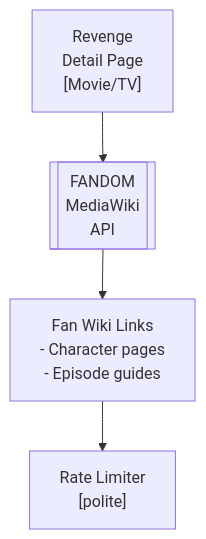
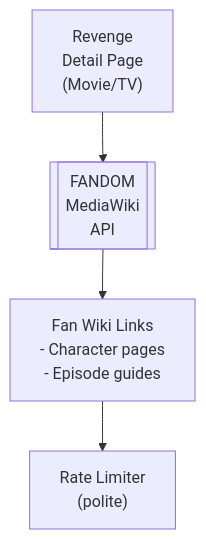
One commit to lusoris/revenge changed the diagram in docs/dev/design/integrations/wiki/FANDOM.md. Above: the diagram before and after it, drawn with Mermaid. The commit also changed 210 other files, not shown here.

First line of the commit message:
fix(docs): Use quoted labels in Mermaid to preserve parentheses

````diff
--- a/docs/dev/design/integrations/wiki/FANDOM.md
+++ b/docs/dev/design/integrations/wiki/FANDOM.md
@@ -57,10 +57,10 @@
 ```mermaid
 flowchart TD
-    node1["Revenge<br/>Detail Page<br/>[Movie/TV]"]
-    node2[[FANDOM<br/>MediaWiki<br/>API]]
+    node1["Revenge<br/>Detail Page<br/>(Movie/TV)"]
+    node2[["FANDOM<br/>MediaWiki<br/>API"]]
     node3["Fan Wiki Links<br/>- Character pages<br/>- Episode guides"]
-    node4["Rate Limiter<br/>[polite]"]
+    node4["Rate Limiter<br/>(polite)"]
     node2 --> node3
     node1 --> node2
     node3 --> node4
 ```
````
